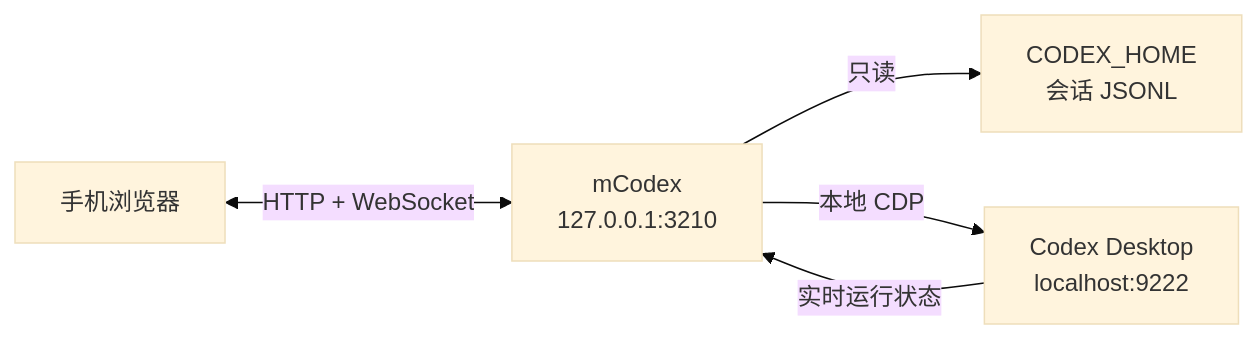
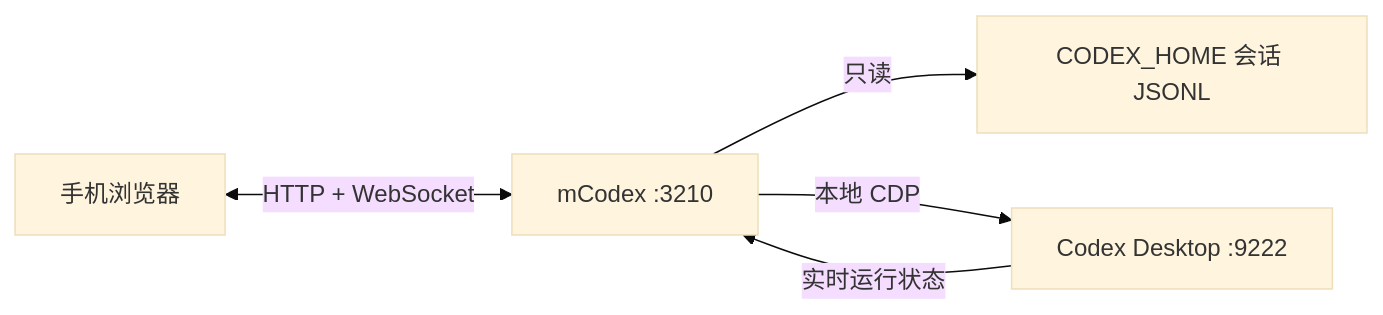
One commit to supermancantfly007/mCodex changed the diagram in README.md. Above: the diagram before and after it, drawn with Mermaid (base theme). The commit also changed other lines of this file and 1 other file, not shown here.

````diff
--- a/README.md
+++ b/README.md
@@ -36,7 +22,7 @@
 ```mermaid
 flowchart LR
-    phone["手机浏览器"] <-->|HTTP + WebSocket| bridge["mCodex<br/>127.0.0.1:3210"]
-    bridge -->|只读| files["CODEX_HOME<br/>会话 JSONL"]
-    bridge -->|本地 CDP| desktop["Codex Desktop<br/>localhost:9222"]
+    phone["手机浏览器"] <-->|HTTP + WebSocket| bridge["mCodex :3210"]
+    bridge -->|只读| files["CODEX_HOME 会话 JSONL"]
+    bridge -->|本地 CDP| desktop["Codex Desktop :9222"]
     desktop -->|实时运行状态| bridge
 ```
````
